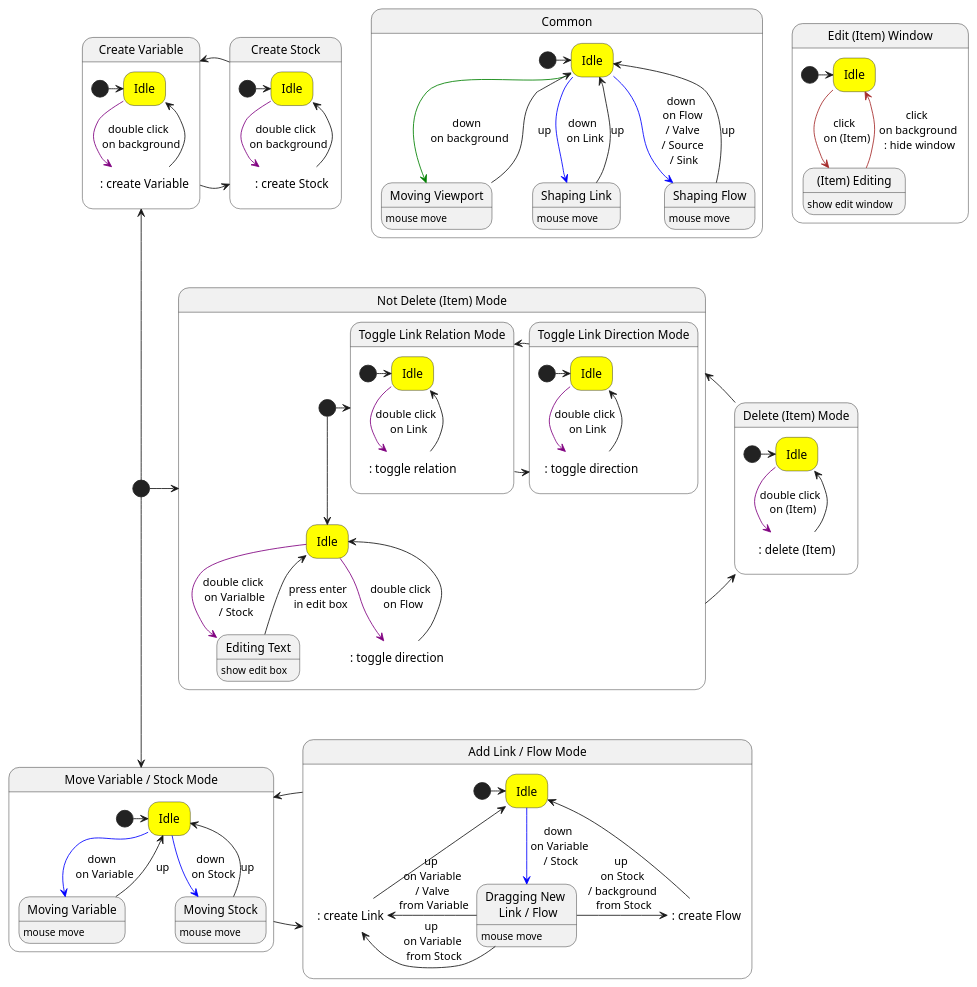
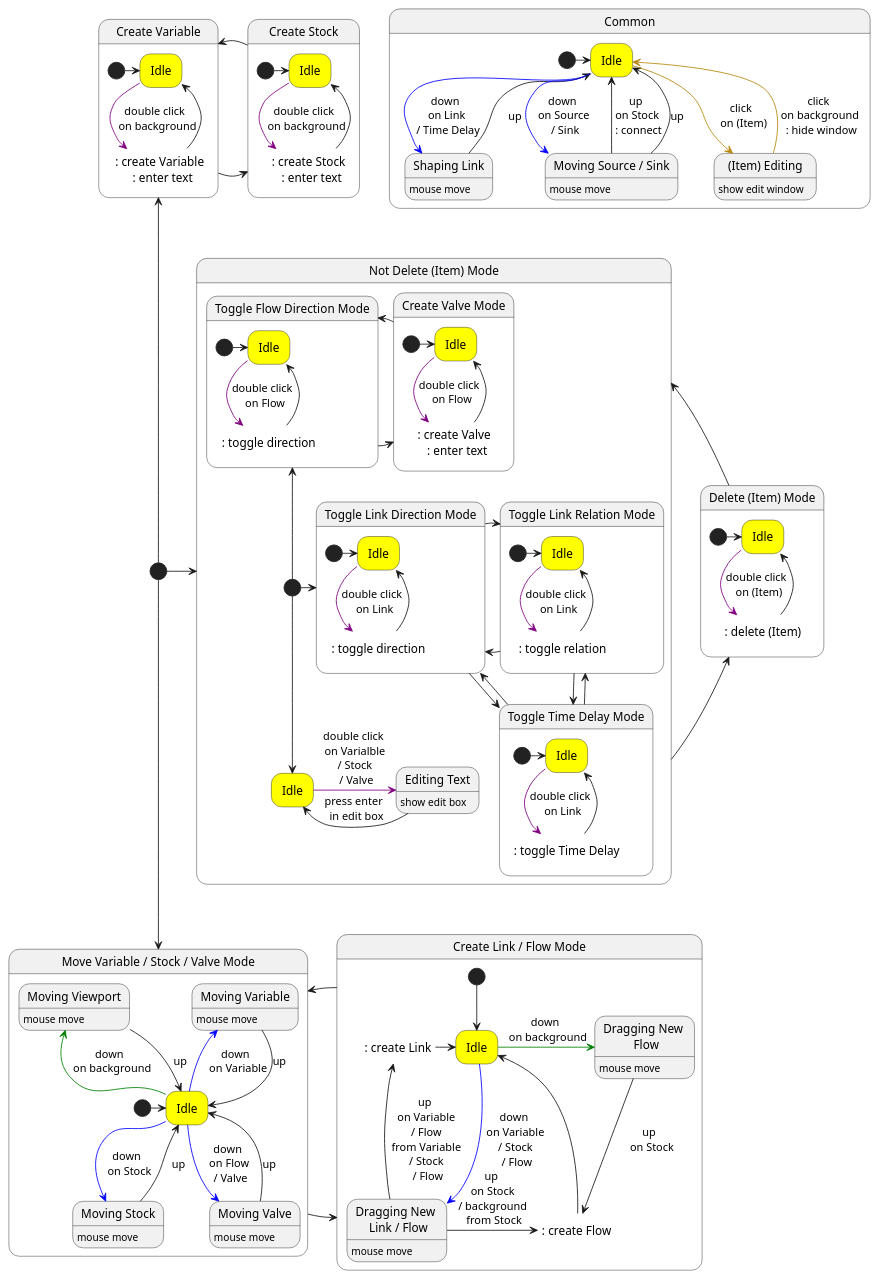
Before and after one commit to cidhuang/system-dynamics-tool: the diagram in docusaurus/docs/interaction.md, drawn with PlantUML. The commit also changed other lines of this file, not shown here.

Commit message:
docs: change interaction page for Flow

```diff
--- a/docusaurus/docs/interaction.md
+++ b/docusaurus/docs/interaction.md
@@ -22,33 +100,21 @@
 
 state "Common" as common {
   state "Idle" as idle #yellow
-  state "Moving Viewport" as moveViewport : mouse move
   state "Shaping Link" as shapeLink : mouse move
-  state "Shaping Flow" as shapeFlow : mouse move
+  state "Moving Source / Sink" as moveSourceSink : mouse move
 
   [*] -> idle
-  idle -[#blue]-> shapeLink : down \n on Link
+  idle -[#blue]-> shapeLink : down \n on Link \n / Time Delay
   shapeLink -up-> idle : up
 
-  idle -[#blue]-> shapeFlow : down \n on Flow \n / Valve \n / Source \n / Sink
-  shapeFlow -up-> idle : up
+  idle -[#blue]-> moveSourceSink : down \n on Source \n / Sink
+  moveSourceSink -up-> idle : up \n on Stock \n : connect
+  moveSourceSink -up-> idle : up
 
-  idle -[#green]-> moveViewport : down \n on background
-  moveViewport -up-> idle : up
+  state "(Item) Editing" as editing : show edit window
+  idle -[#darkgoldenrod]-> editing : click \n on (Item)
+  editing -up[#darkgoldenrod]-> idle : click \n on background \n : hide window
 
-}
-
-state "Edit (Item) Window" as editWindow {
-  state "Idle" as idleEdit #yellow
-  'state "(Item) Selected" as selected
-  state "(Item) Editing" as editing : show edit window
-
-  [*] -> idleEdit
-  idleEdit -[#brown]-> editing : click \n on (Item)
-  'idleEdit -[#brown]-> selected : click \n on (Item)
-  'selected -up[#brown]-> idleEdit : click \n on background
-  'selected -[#brown]> editing : click \n on (Item) \n (after 1 sec)
-  editing -up[#brown]-> idleEdit : click \n on background \n : hide window
 }
 
 state "Delete (Item) Mode" as deleteItemMode {
@@ -63,7 +129,7 @@
 
 state "Create Variable" as createVariableMode {
   state "Idle" as idleCreateVariable #yellow
-  state ": create Variable" as createVariable #white ##white
+  state ": create Variable \n : enter text" as createVariable #white ##white
 
   [*] -> idleCreateVariable
   idleCreateVariable -[#purple]-> createVariable : double click \n on background
@@ -73,7 +139,7 @@
 
 state "Create Stock" as createStockMode {
   state "Idle" as idleCreateStock #yellow
-  state ": create Stock" as createStock #white ##white
+  state ": create Stock \n : enter text" as createStock #white ##white
 
   [*] -> idleCreateStock
   idleCreateStock -[#purple]-> createStock : double click \n on background
@@ -84,14 +150,10 @@
 state "Not Delete (Item) Mode" as notDeleteItemMode {
   state "Idle" as idleNotDeleteItemMode #yellow
   state "Editing Text" as editText : show edit box
-  state ": toggle direction" as toggleDirection #white ##white
 
   [*] --> idleNotDeleteItemMode
-  idleNotDeleteItemMode -[#purple]-> editText : double click \n on Varialble \n / Stock
-  editText -up-> idleNotDeleteItemMode : press enter \n in edit box
-
-  idleNotDeleteItemMode -[#purple]-> toggleDirection : double click \n on Flow
-  toggleDirection -up-> idleNotDeleteItemMode
+  idleNotDeleteItemMode -[#purple]> editText : double click \n on Varialble \n / Stock \n / Valve
+  editText -> idleNotDeleteItemMode : press enter \n in edit box
 
   state "Toggle Link Direction Mode" as toggleLinkDirectionMode {
     state "Idle" as idleLinkDirection #yellow
@@ -113,41 +175,93 @@
 
   }
 
-  [*] -> toggleLinkRelationMode
+  state "Toggle Time Delay Mode" as toggleTimeDelayMode {
+    state "Idle" as idleTimeDelay #yellow
+    state ": toggle Time Delay" as toggleTimeDelay #white ##white
+
+    [*] -> idleTimeDelay
+    idleTimeDelay -[#purple]-> toggleTimeDelay : double click \n on Link
+    toggleTimeDelay -up-> idleTimeDelay
+
+  }
+
+  state "Toggle Flow Direction Mode" as toggleFlowDirectionMode {
+    state "Idle" as idleFlowDirection #yellow
+    state ": toggle direction" as toggleFlowDirection #white ##white
+
+    [*] -> idleFlowDirection
+    idleFlowDirection -[#purple]-> toggleFlowDirection : double click \n on Flow
+    toggleFlowDirection -up-> idleFlowDirection
+
+  }
+
+  state "Create Valve Mode" as toggleCreateValveMode {
+    state "Idle" as idleCreateValve #yellow
+    state ": create Valve \n : enter text" as toggleCreateValve #white ##white
+
+    [*] -> idleCreateValve
+    idleCreateValve -[#purple]-> toggleCreateValve : double click \n on Flow
+    toggleCreateValve -up-> idleCreateValve
+
+  }
+
+  [*] -> toggleLinkDirectionMode
+  toggleLinkRelationMode -left> toggleLinkDirectionMode
+  toggleLinkDirectionMode -> toggleLinkRelationMode
+  toggleTimeDelayMode --> toggleLinkRelationMode
+  toggleLinkRelationMode --> toggleTimeDelayMode
+  toggleTimeDelayMode --> toggleLinkDirectionMode
+  toggleLinkDirectionMode --> toggleTimeDelayMode
+
+
+  [*] -up-> toggleFlowDirectionMode
+  toggleFlowDirectionMode -> toggleCreateValveMode
+  toggleCreateValveMode -> toggleFlowDirectionMode
 
 }
 
-state "Move Variable / Stock Mode" as modeMoveVariableStock {
+state "Move Variable / Stock / Valve Mode" as modeMoveVariableStock {
   state "Idle" as idleMoveVariable #yellow
   state "Moving Variable" as moveVariable : mouse move
   state "Moving Stock" as moveStock : mouse move
+  state "Moving Valve" as moveValve : mouse move
+  state "Moving Viewport" as moveViewport : mouse move
 
   [*] -> idleMoveVariable
 
-  idleMoveVariable -[#blue]-> moveVariable : down \n on Variable
-  moveVariable -up-> idleMoveVariable : up
+  idleMoveVariable -up[#blue]-> moveVariable : down \n on Variable
+  moveVariable --> idleMoveVariable : up
 
   idleMoveVariable -[#blue]-> moveStock : down \n on Stock
   moveStock -up-> idleMoveVariable : up
 
+  idleMoveVariable -[#blue]-> moveValve : down \n on Flow \n / Valve
+  moveValve -up-> idleMoveVariable : up
+
+  idleMoveVariable -up[#green]-> moveViewport : down \n on background
+  moveViewport --> idleMoveVariable : up
+
 }
 
-state "Add Link / Flow Mode" as modeAddLinkFlow {
+state "Create Link / Flow Mode" as modeAddLinkFlow {
   state "Idle" as idleAddLink #yellow
   state "Dragging New \n Link / Flow" as dragNewLinkFlow : mouse move
   state ": create Link" as addLink #white ##white
   state ": create Flow" as addFlow #white ##white
+  state "Dragging New \n Flow" as dragNewFlow : mouse move
 
-  [*] -> idleAddLink
+  [*] --> idleAddLink
 
-  idleAddLink -[#blue]-> dragNewLinkFlow : down \n on Variable \n / Stock
+  idleAddLink -[#blue]-> dragNewLinkFlow : down \n on Variable \n / Stock \n / Flow
 
-  dragNewLinkFlow -left> addLink : up \n on Variable \n / Valve \n from Variable
-  dragNewLinkFlow -left> addLink : up \n on Variable \n from Stock
-  addLink -up-> idleAddLink
+  dragNewLinkFlow -up-> addLink : up \n on Variable \n / Flow \n from Variable \n / Stock \n / Flow
+  addLink -> idleAddLink
 
   dragNewLinkFlow -> addFlow : up \n on Stock \n / background \n from Stock
   addFlow -up-> idleAddLink
+
+  idleAddLink -[#green]> dragNewFlow : down \n on background
+  dragNewFlow --> addFlow : up \n on Stock
 
 }
 
@@ -156,8 +270,6 @@
 createStockMode -left> createVariableMode
 
 [*] -> notDeleteItemMode
-toggleLinkRelationMode -> toggleLinkDirectionMode
-toggleLinkDirectionMode -left> toggleLinkRelationMode
 
 [*] --> modeMoveVariableStock
 modeMoveVariableStock -> modeAddLinkFlow
```
